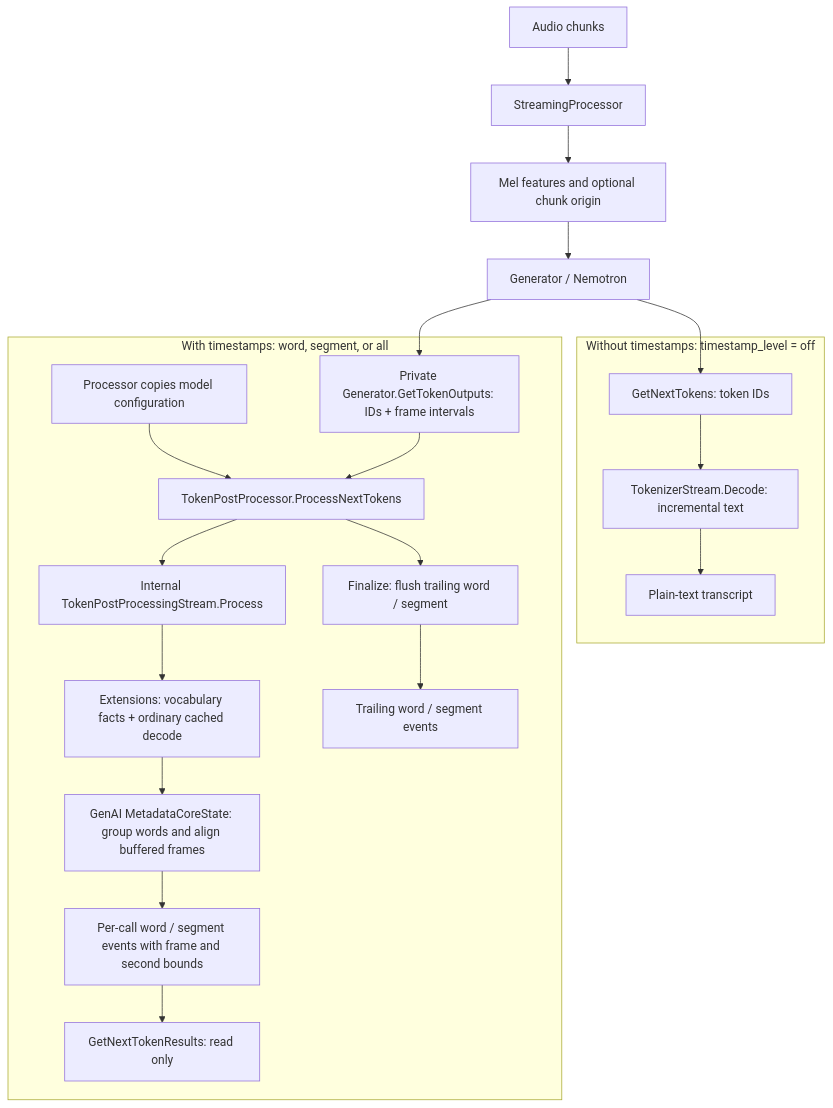
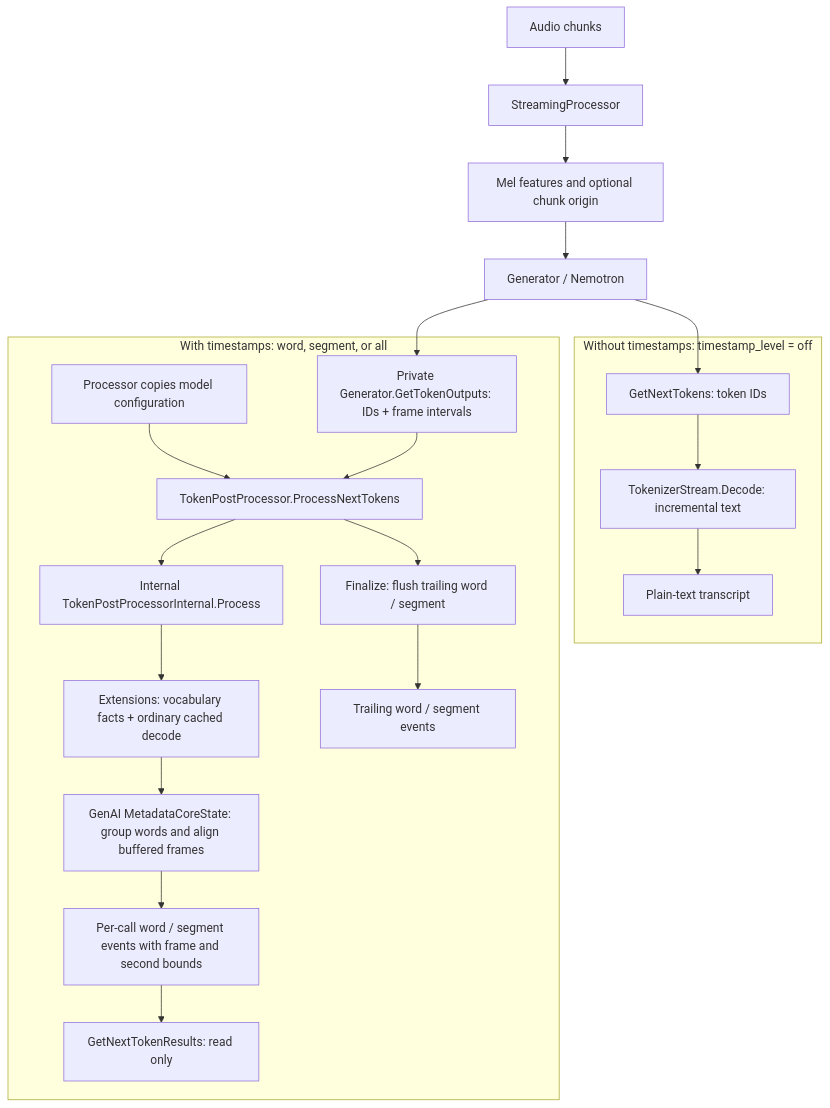
Before and after one commit to microsoft/onnxruntime-genai: the diagram in docs/nemotron_speech_timestamps.md, drawn with Mermaid. The commit also changed other lines of this file and 8 other files, not shown here.

Commit message:
Clarify internal token postprocessor and interval accessor names

````diff
--- a/docs/nemotron_speech_timestamps.md
+++ b/docs/nemotron_speech_timestamps.md
@@ -52,26 +52,26 @@
 ```mermaid
 flowchart TB
   audio[Audio chunks] --> processor[StreamingProcessor]
   processor --> features[Mel features and optional chunk origin]
   features --> generator[Generator / Nemotron]
 
   subgraph plain[Without timestamps: timestamp_level = off]
     ids[GetNextTokens: token IDs] --> decode[TokenizerStream.Decode: incremental text]
     decode --> transcript[Plain-text transcript]
   end
 
   subgraph timed[With timestamps: word, segment, or all]
     setup[Processor copies model configuration] --> stream
     timed_tokens[Private Generator.GetTokenOutputs: IDs + frame intervals] --> stream[TokenPostProcessor.ProcessNextTokens]
-    stream --> internal[Internal TokenPostProcessingStream.Process]
+    stream --> internal[Internal TokenPostProcessorInternal.Process]
     internal --> ortx[Extensions: vocabulary facts + ordinary cached decode]
     ortx --> align[GenAI MetadataCoreState: group words and align buffered frames]
     align --> events[Per-call word / segment events with frame and second bounds]
     events --> read[GetNextTokenResults: read only]
     stream --> final[Finalize: flush trailing word / segment]
     final --> trailing[Trailing word / segment events]
   end
 
   generator --> ids
   generator --> timed_tokens
 ```
````
